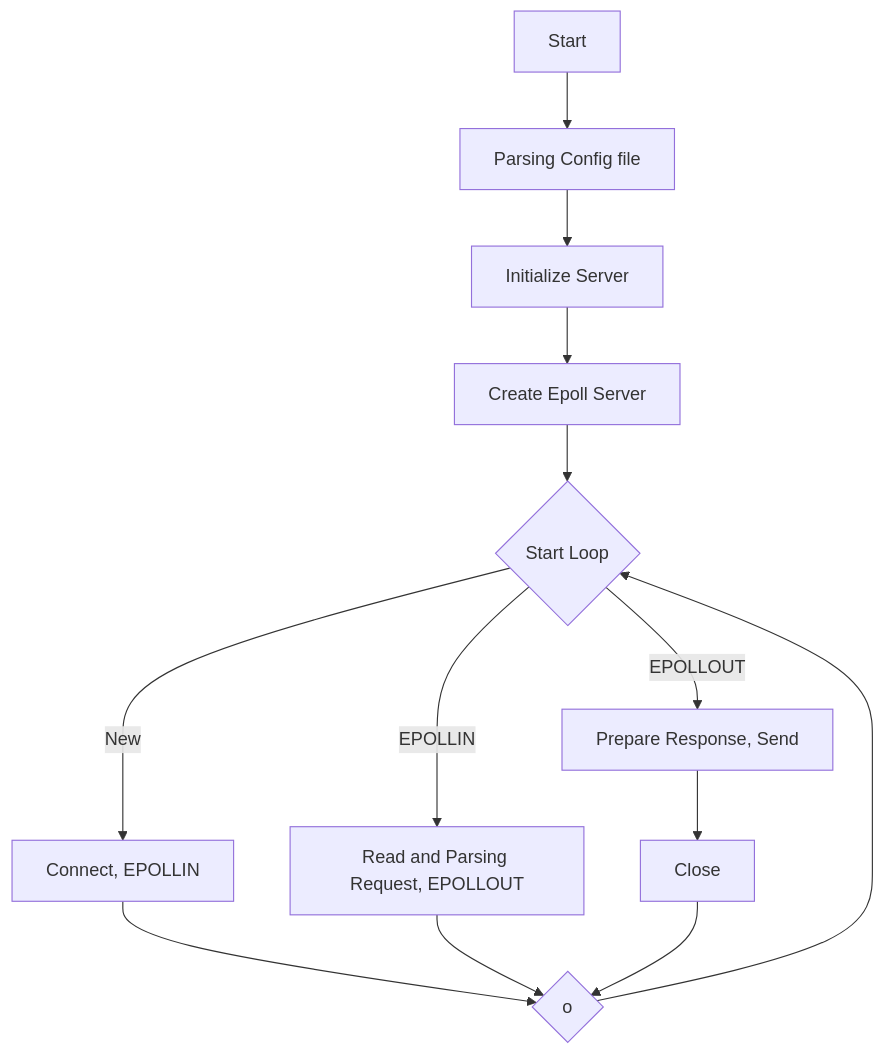
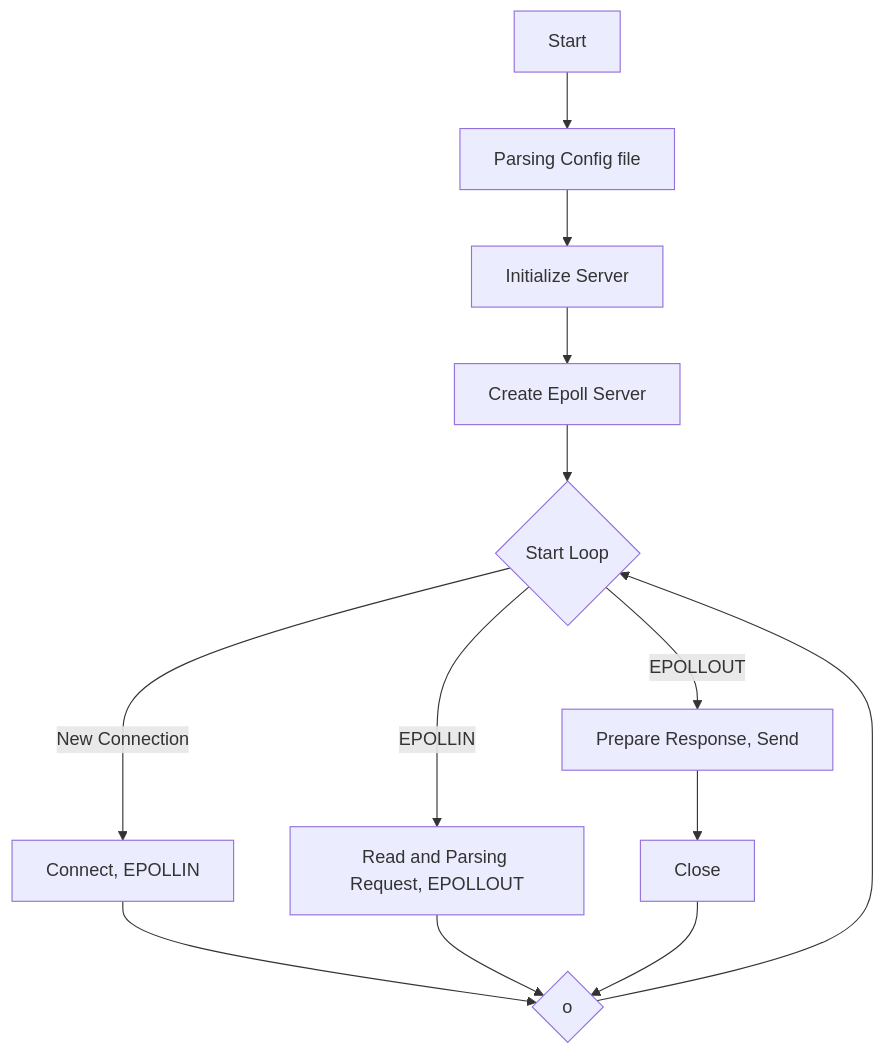
Before and after one commit to bankung7/42_webserv: the diagram in README.md, drawn with Mermaid.

````diff
--- a/README.md
+++ b/README.md
@@ -39,15 +39,15 @@
 ```mermaid
 flowchart TD
     A[Start] --> B[Parsing Config file];
     B --> C[Initialize Server];
     C --> D[Create Epoll Server];
     D --> DD{Start Loop};
-    DD -- New --> D1[Connect, EPOLLIN];
+    DD -- New Connection --> D1[Connect, EPOLLIN];
     D1 --> F;
     DD -- EPOLLIN --> D2[Read and Parsing Request, EPOLLOUT];
     D2 --> F;
     DD -- EPOLLOUT --> D3[Prepare Response, Send];
     D3 --> E[Close];
     E --> F{o};
     F --> DD;
 ```
````
